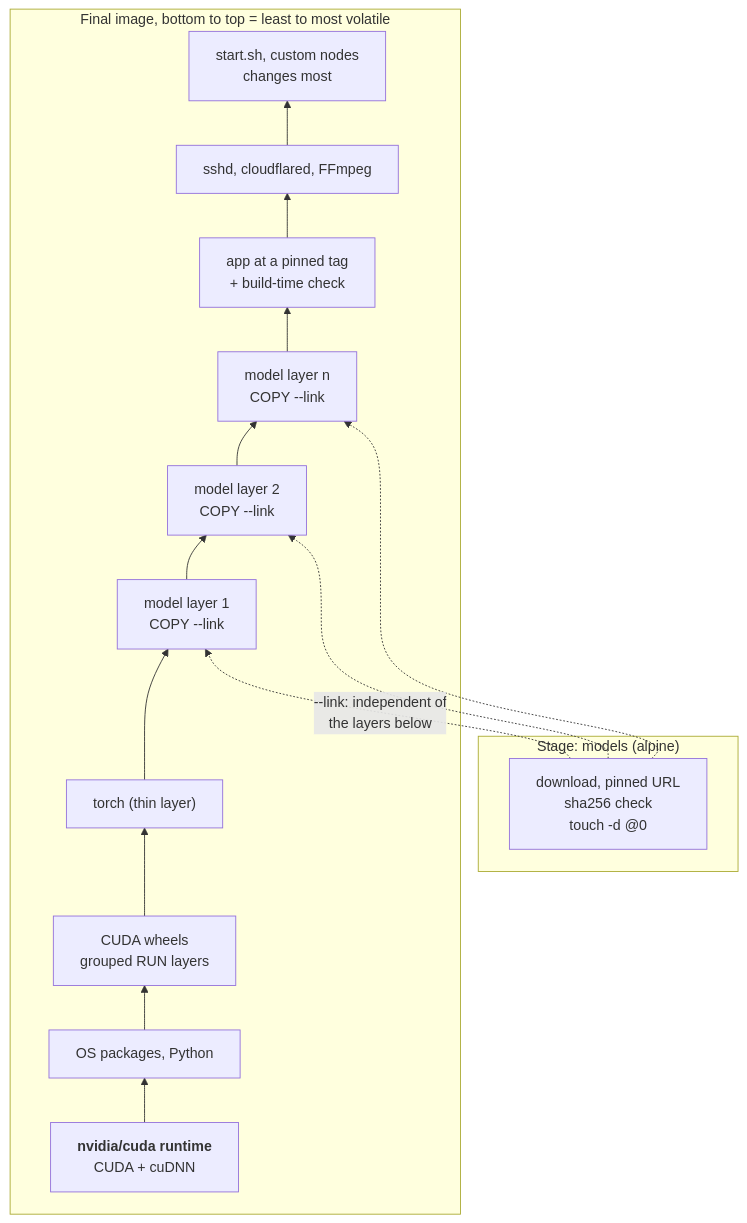
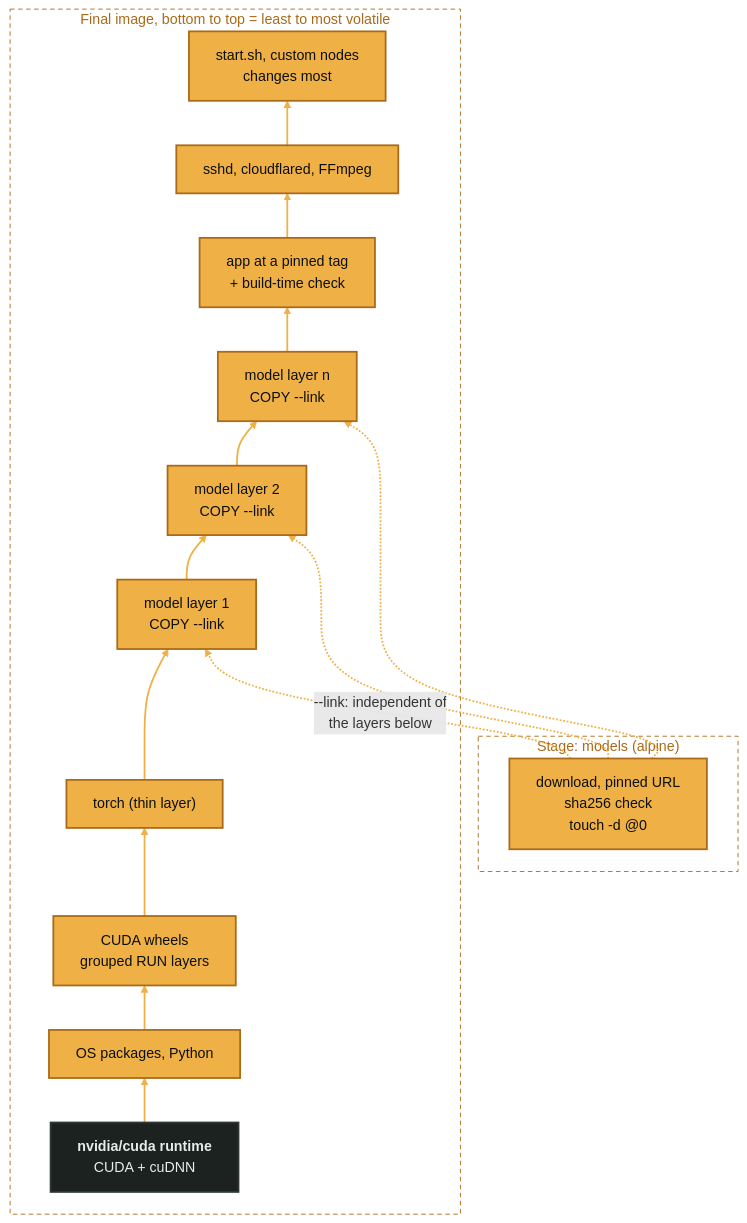
Before and after one commit to BitWise-0x/GPU-Cloud-Ai-recipes: the diagram in runpod/docs/images.md, drawn with Mermaid. The commit also changed 8 other files, not shown here.

Commit message:
Restyle the diagrams in amber and black and add the BitWise footer

````diff
--- a/runpod/docs/images.md
+++ b/runpod/docs/images.md
@@ -41,24 +41,30 @@
 ```mermaid
 graph BT
     subgraph models["Stage: models (alpine)"]
         dl["download, pinned URL<br>sha256 check<br>touch -d @0"]
     end
 
     subgraph final["Final image, bottom to top = least to most volatile"]
         base["<b>nvidia/cuda runtime</b><br>CUDA + cuDNN"]
         os["OS packages, Python"]
         cu["CUDA wheels<br>grouped RUN layers"]
         torch["torch (thin layer)"]
         m1["model layer 1<br>COPY --link"]
         m2["model layer 2<br>COPY --link"]
         mn["model layer n<br>COPY --link"]
         app["app at a pinned tag<br>+ build-time check"]
         tools["sshd, cloudflared, FFmpeg"]
         scripts["start.sh, custom nodes<br>changes most"]
     end
 
     base --> os --> cu --> torch --> m1 --> m2 --> mn --> app --> tools --> scripts
     dl -.->|"--link: independent of<br>the layers below"| m1
     dl -.-> m2
     dl -.-> mn
+    classDef default fill:#efb146,stroke:#a96a19,stroke-width:2px,color:#0c0f0e
+    classDef quiet fill:#1b221f,stroke:#2e3733,stroke-width:2px,color:#e7ece8
+    linkStyle default stroke:#efb146,stroke-width:2px
+    class base quiet
+    style models fill:transparent,stroke:#a96a19,stroke-width:1px,stroke-dasharray:5 4,color:#a96a19
+    style final fill:transparent,stroke:#a96a19,stroke-width:1px,stroke-dasharray:5 4,color:#a96a19
 ```
````
